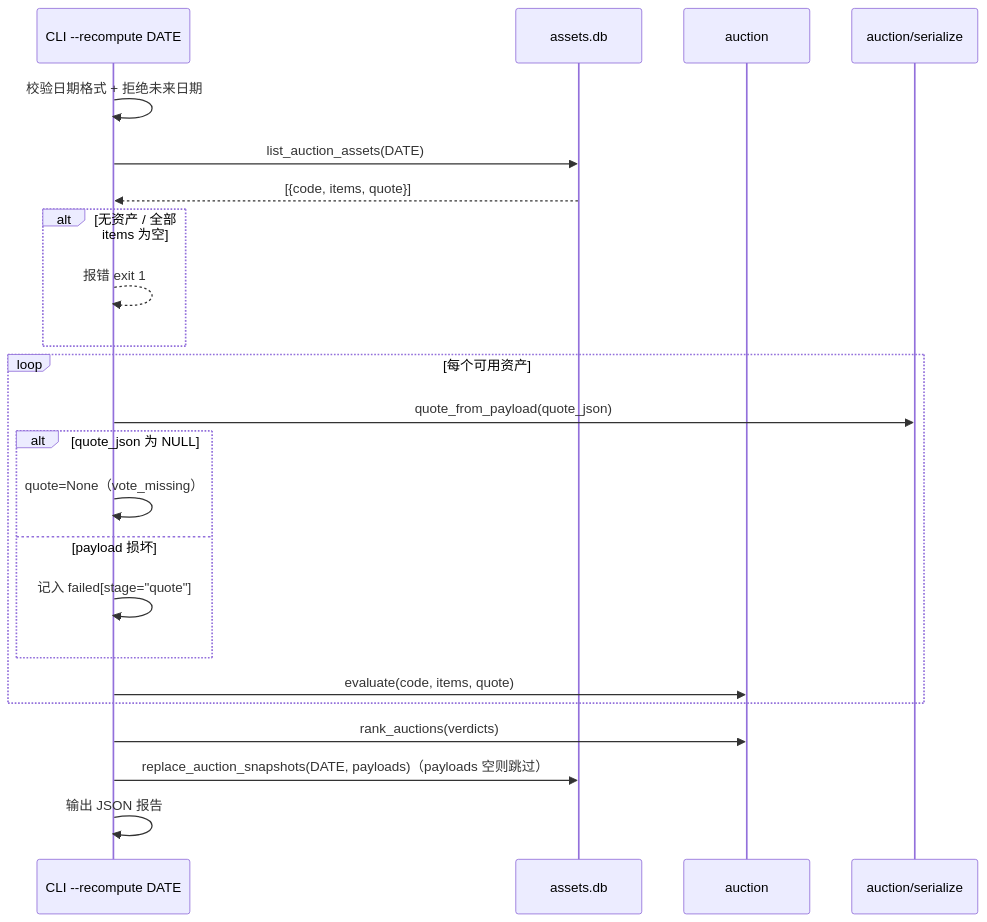
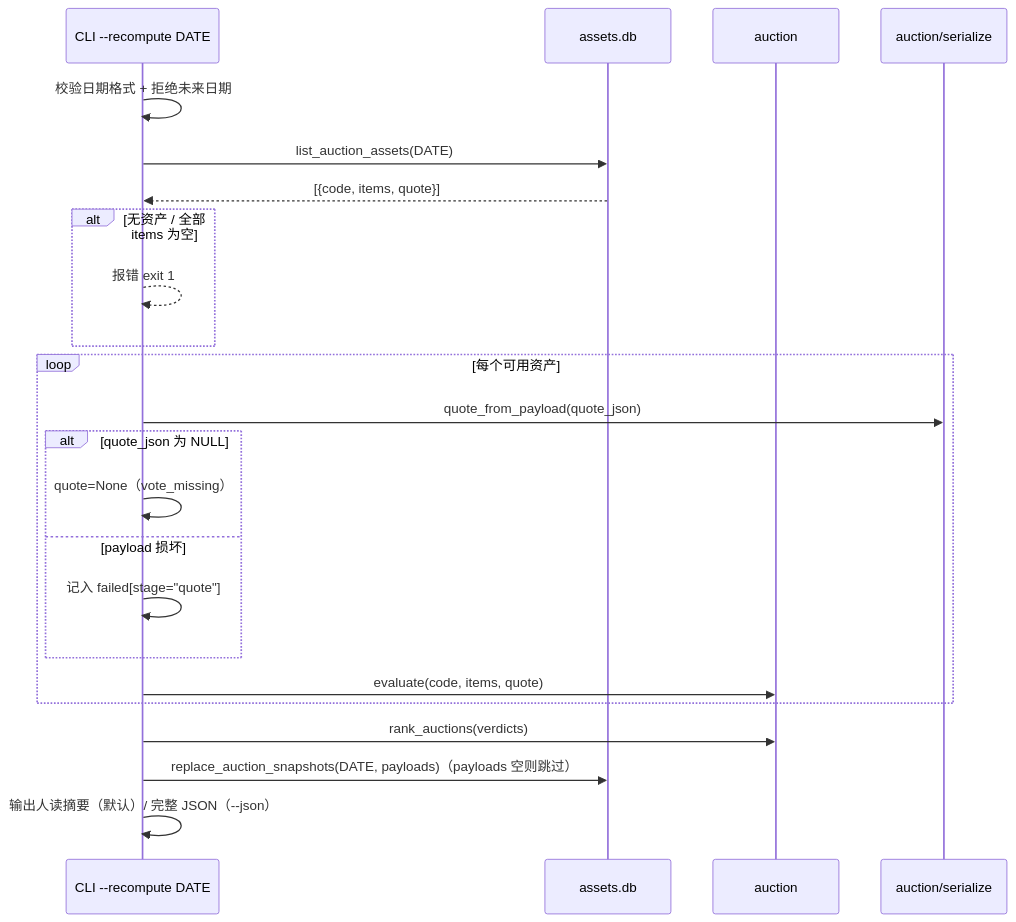
The third of 4 diagrams in archived_md/auction/2026-10-20-auction-snapshot-wiring-design.md (gitBingxu/dragon-quant), drawn with Mermaid before and after one commit. The commit also changed other lines of this file and 10 other files, not shown here.

````diff
--- a/archived_md/auction/2026-10-20-auction-snapshot-wiring-design.md
+++ b/archived_md/auction/2026-10-20-auction-snapshot-wiring-design.md
@@ -168,26 +168,26 @@
 ```mermaid
 sequenceDiagram
     participant U as CLI --recompute DATE
     participant A as assets.db
     participant S as auction
     participant J as auction/serialize
 
     U->>U: 校验日期格式 + 拒绝未来日期
     U->>A: list_auction_assets(DATE)
     A-->>U: [{code, items, quote}]
     alt 无资产 / 全部 items 为空
         U-->>U: 报错 exit 1
     end
     loop 每个可用资产
         U->>J: quote_from_payload(quote_json)
         alt quote_json 为 NULL
             U->>U: quote=None（vote_missing）
         else payload 损坏
             U->>U: 记入 failed[stage="quote"]
         end
         U->>S: evaluate(code, items, quote)
     end
     U->>S: rank_auctions(verdicts)
     U->>A: replace_auction_snapshots(DATE, payloads)（payloads 空则跳过）
-    U->>U: 输出 JSON 报告
+    U->>U: 输出人读摘要（默认）/ 完整 JSON（--json）
 ```
````
